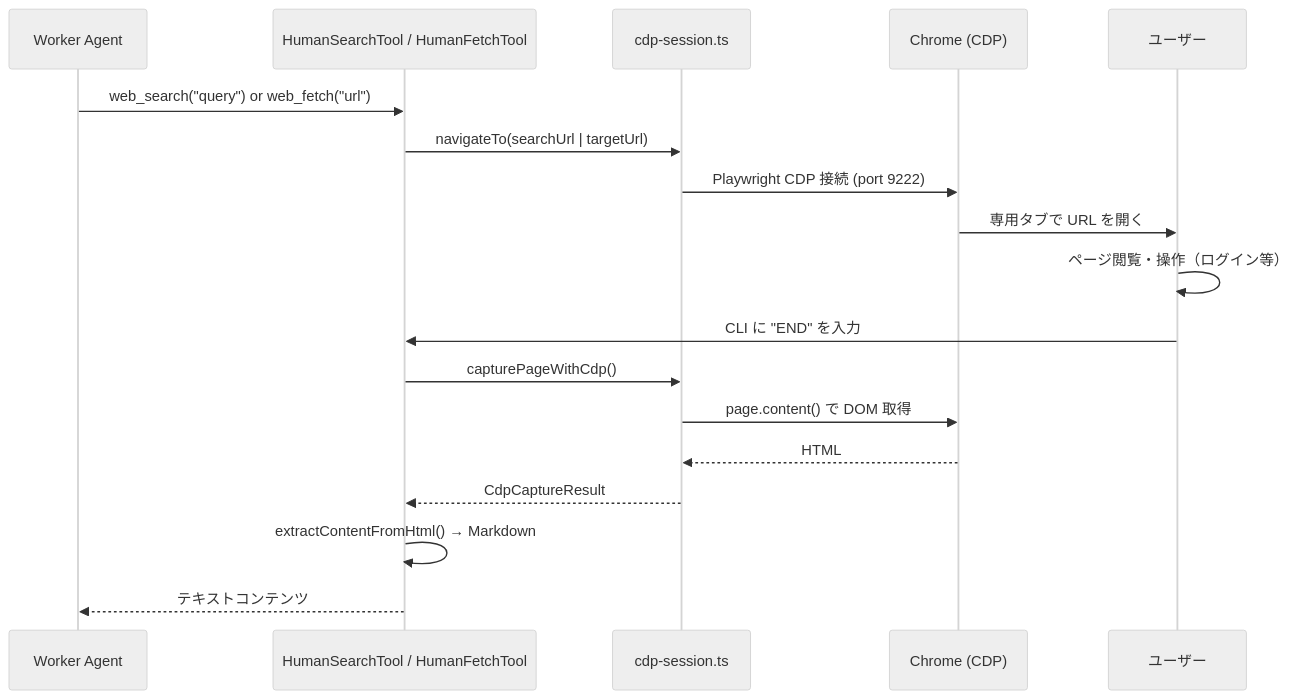
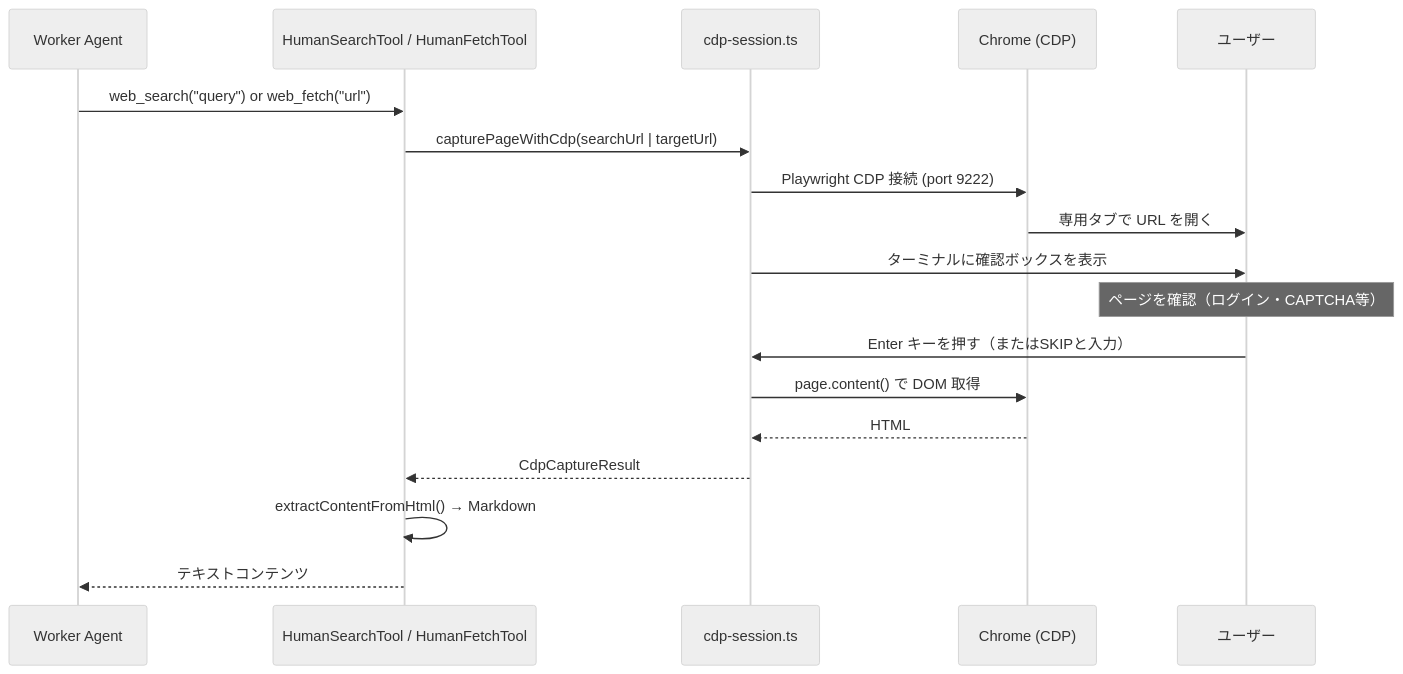
One commit to drogo-baggins/multi_agent changed the diagram in docs/human-mode.md. Above: the diagram before and after it, drawn with Mermaid (neutral theme). The commit also changed other lines of this file and 1 other file, not shown here.

Commit message:
docs: fix human-mode Enter semantics, remove 30s timeout claim, add CHROME_WINDOW hints to README

````diff
--- a/docs/human-mode.md
+++ b/docs/human-mode.md
@@ -7,21 +7,21 @@
 ```mermaid
 sequenceDiagram
     participant W as Worker Agent
     participant T as HumanSearchTool / HumanFetchTool
     participant C as cdp-session.ts
     participant B as Chrome (CDP)
     participant U as ユーザー
 
     W->>T: web_search("query") or web_fetch("url")
-    T->>C: navigateTo(searchUrl | targetUrl)
+    T->>C: capturePageWithCdp(searchUrl | targetUrl)
     C->>B: Playwright CDP 接続 (port 9222)
     B->>U: 専用タブで URL を開く
-    U->>U: ページ閲覧・操作（ログイン等）
-    U->>T: CLI に "END" を入力
-    T->>C: capturePageWithCdp()
+    C->>U: ターミナルに確認ボックスを表示
+    Note over U: ページを確認（ログイン・CAPTCHA等）
+    U->>C: Enter キーを押す（またはSKIPと入力）
     C->>B: page.content() で DOM 取得
     B-->>C: HTML
     C-->>T: CdpCaptureResult
     T->>T: extractContentFromHtml() → Markdown
     T-->>W: テキストコンテンツ
 ```
````
